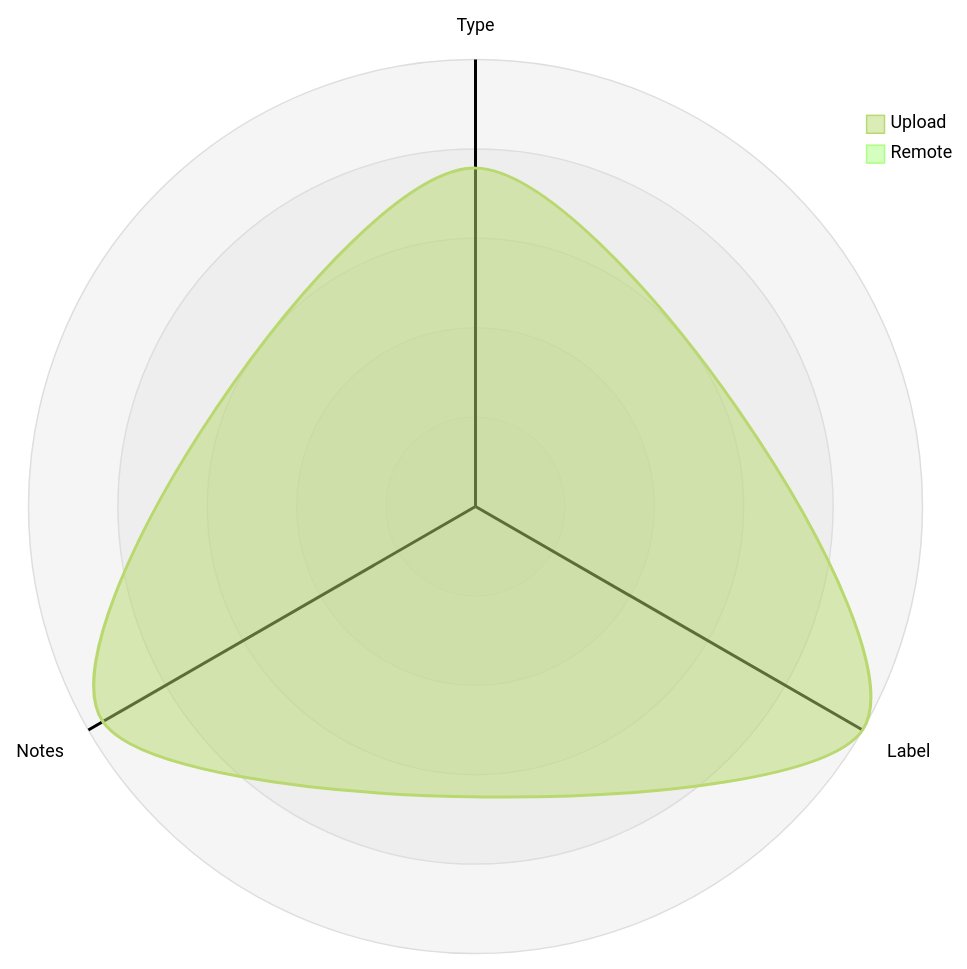
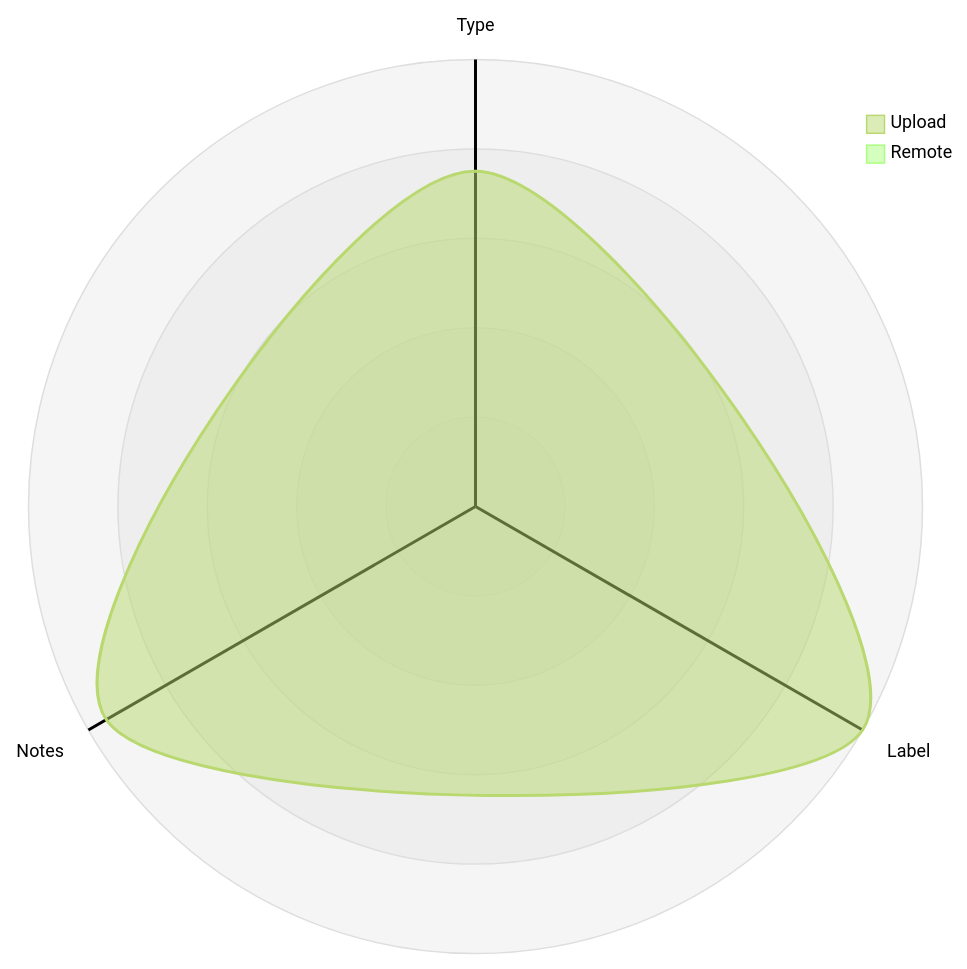
Before and after one commit to open-data/analytics-corporate-reporting: the third of 5 diagrams in datastore_tracker/README.md, drawn with Mermaid (forest theme). The commit also changed other lines of this file and 6 other files, not shown here.

````diff
--- a/datastore_tracker/README.md
+++ b/datastore_tracker/README.md
@@ -104,12 +104,12 @@
 ```mermaid
 radar-beta
   axis T["Type"], L["Label"], N["Notes"]
-  curve u["Upload"]{0.00081, 0.00107, 0.00103}
+  curve u["Upload"]{0.00081, 0.00108, 0.00103}
   curve r["Remote"]{0, 0, 0}
 
   showLegend true
 
   min 0
   graticule circle
   ticks 5
 ```
````
